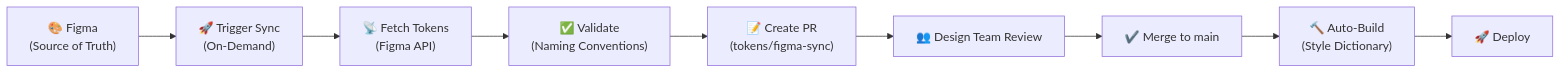
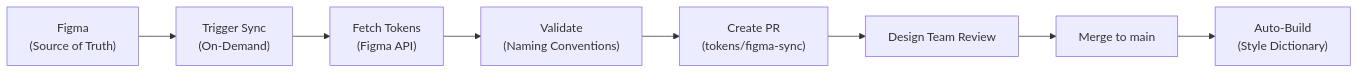
Before and after one commit to thatguycodes/nx-enterprise: the fourth of 4 diagrams in docs/ARCHITECTURE.md, drawn with Mermaid. The commit also changed other lines of this file and 40 other files, not shown here.

````diff
--- a/docs/ARCHITECTURE.md
+++ b/docs/ARCHITECTURE.md
@@ -714,21 +710,19 @@
 ```mermaid
 graph LR
-    figma["🎨 Figma<br/>(Source of Truth)"]
-    trigger["🚀 Trigger Sync<br/>(On-Demand)"]
-    fetch["📡 Fetch Tokens<br/>(Figma API)"]
-    validate["✅ Validate<br/>(Naming Conventions)"]
-    pr["📝 Create PR<br/>(tokens/figma-sync)"]
-    review["👥 Design Team Review"]
-    merge["✔️ Merge to main"]
-    build["🔨 Auto-Build<br/>(Style Dictionary)"]
-    deploy["🚀 Deploy"]
+    figma["Figma<br/>(Source of Truth)"]
+    trigger["Trigger Sync<br/>(On-Demand)"]
+    fetch["Fetch Tokens<br/>(Figma API)"]
+    validate["Validate<br/>(Naming Conventions)"]
+    pr["Create PR<br/>(tokens/figma-sync)"]
+    review["Design Team Review"]
+    merge["Merge to main"]
+    build["Auto-Build<br/>(Style Dictionary)"]
 
     figma --> trigger
     trigger --> fetch
     fetch --> validate
     validate --> pr
     pr --> review
     review --> merge
     merge --> build
-    build --> deploy
 ```
````
